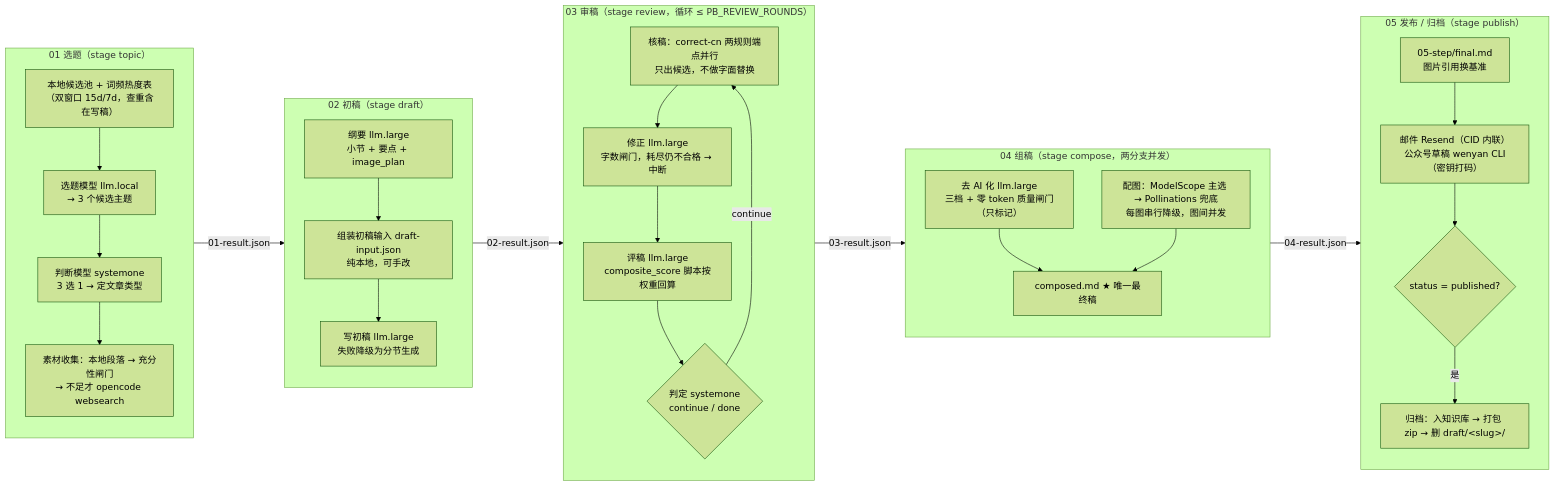
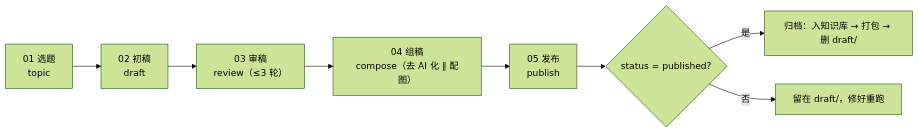
Before and after one commit to bruce1977/penbot: the diagram in README.md, drawn with Mermaid (forest theme). The commit also changed other lines of this file and 3 other files, not shown here.

````diff
--- a/README.md
+++ b/README.md
@@ -51,44 +38,9 @@
 ```mermaid
 flowchart LR
-  subgraph S1["01 选题（stage topic）"]
-    direction TB
-    a1["本地候选池 + 词频热度表<br/>（双窗口 15d/7d，查重含在写稿）"]
-    a2["选题模型 llm.local<br/>→ 3 个候选主题"]
-    a3["判断模型 systemone<br/>3 选 1 → 定文章类型"]
-    a4["素材收集：本地段落 → 充分性闸门<br/>→ 不足才 opencode websearch"]
-    a1 --> a2 --> a3 --> a4
-  end
-  subgraph S2["02 初稿（stage draft）"]
-    direction TB
-    b1["纲要 llm.large<br/>小节 + 要点 + image_plan"]
-    b2["组装初稿输入 draft-input.json<br/>纯本地，可手改"]
-    b3["写初稿 llm.large<br/>失败降级为分节生成"]
-    b1 --> b2 --> b3
-  end
-  subgraph S3["03 审稿（stage review，循环 ≤ PB_REVIEW_ROUNDS）"]
-    direction TB
-    c1["核稿：correct-cn 两规则端点并行<br/>只出候选，不做字面替换"]
-    c2["修正 llm.large<br/>字数闸门，耗尽仍不合格 → 中断"]
-    c3["评稿 llm.large<br/>composite_score 脚本按权重回算"]
-    c4{"判定 systemone<br/>continue / done"}
-    c1 --> c2 --> c3 --> c4
-    c4 -- continue --> c1
-  end
-  subgraph S4["04 组稿（stage compose，两分支并发）"]
-    direction TB
-    d1["去 AI 化 llm.large<br/>三档 + 零 token 质量闸门（只标记）"]
-    d2["配图：ModelScope 主选 → Pollinations 兜底<br/>每图串行降级，图间并发"]
-    d3["composed.md ★ 唯一最终稿"]
-    d1 --> d3
-    d2 --> d3
-  end
-  subgraph S5["05 发布 / 归档（stage publish）"]
-    direction TB
-    e1["05-step/final.md<br/>图片引用换基准"]
-    e2["邮件 Resend（CID 内联）<br/>公众号草稿 wenyan CLI（密钥打码）"]
-    e3{"status = published?"}
-    e4["归档：入知识库 → 打包 zip → 删 draft/&lt;slug&gt;/"]
-    e1 --> e2 --> e3 -- 是 --> e4
-  end
-  S1 -- 01-result.json --> S2 -- 02-result.json --> S3 -- 03-result.json --> S4 -- 04-result.json --> S5
+  A["01 选题<br/>topic"] --> B["02 初稿<br/>draft"] --> C["03 审稿<br/>review（≤3 轮）"]
+  C --> D["04 组稿<br/>compose（去 AI 化 ∥ 配图）"]
+  D --> E["05 发布<br/>publish"]
+  E --> F{"status = published?"}
+  F -- 是 --> G["归档：入知识库 → 打包 → 删 draft/"]
+  F -- 否 --> H["留在 draft/，修好重跑"]
 ```
````
